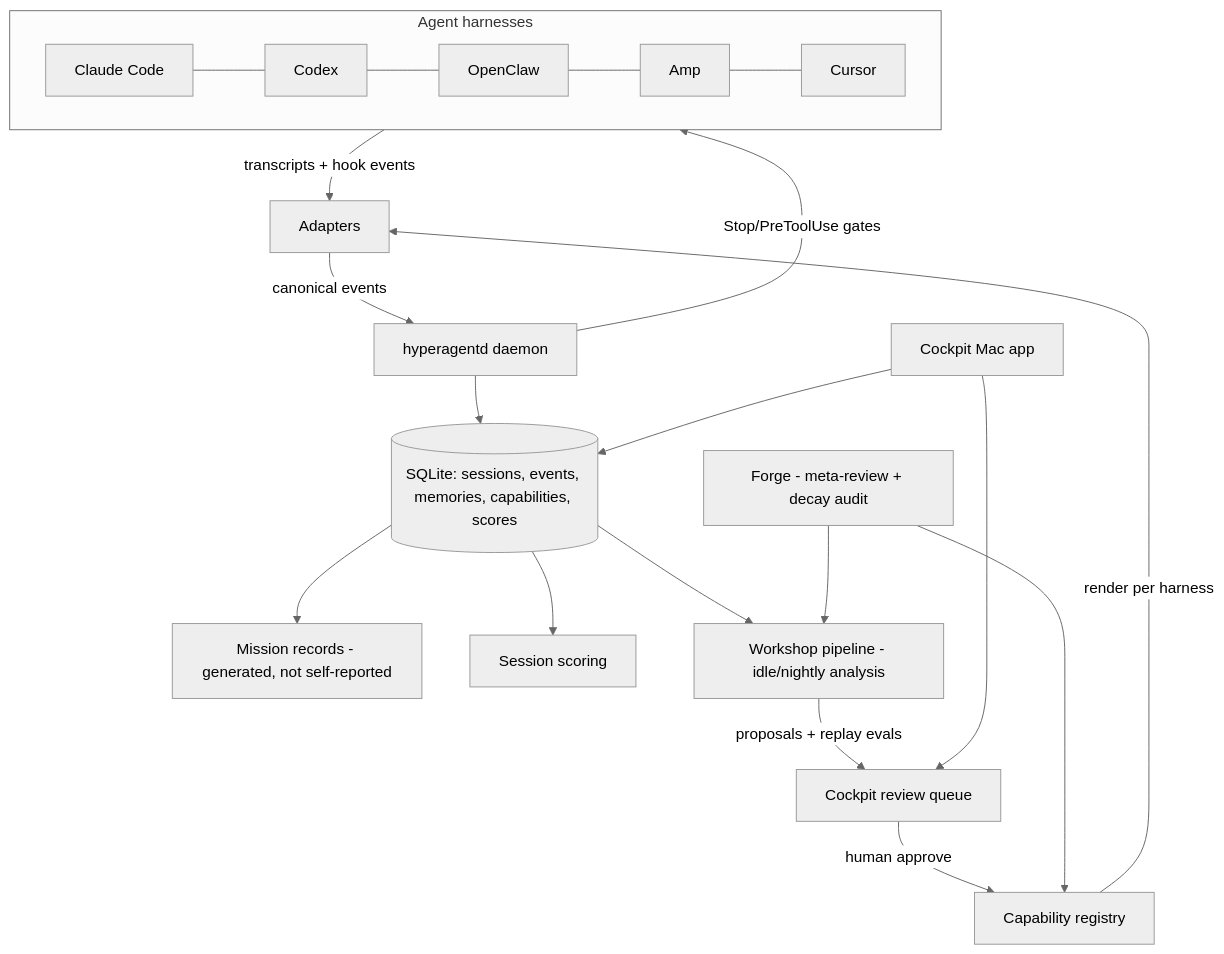
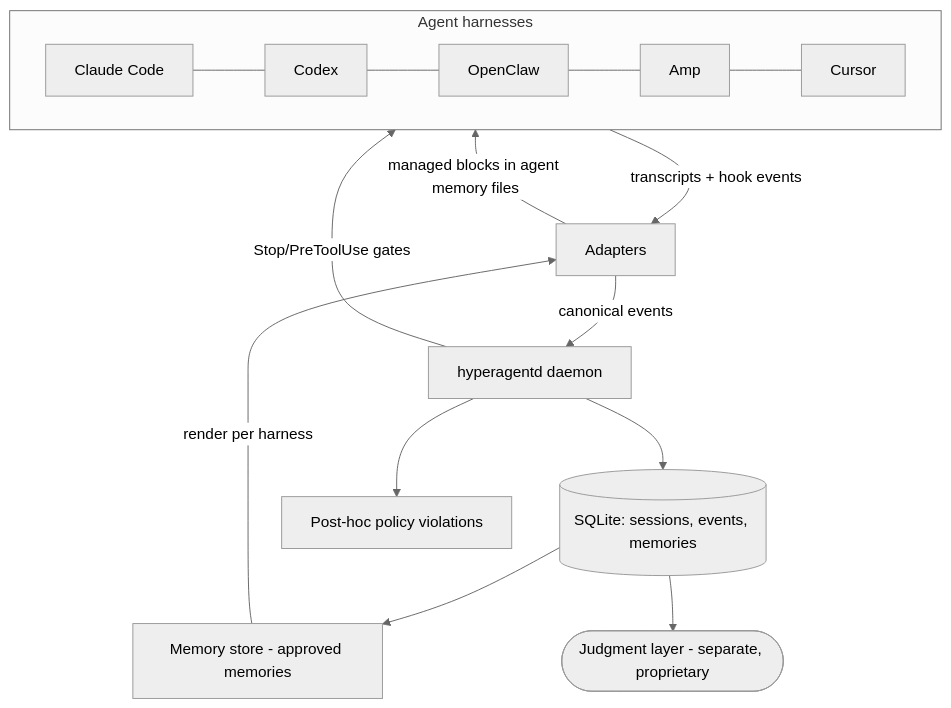
One commit to DannyMac180/HyperAgent changed the diagram in docs/architecture-v2.md. Above: the diagram before and after it, drawn with Mermaid (neutral theme). The commit also changed other lines of this file and 13 other files, not shown here.

````diff
--- a/docs/architecture-v2.md
+++ b/docs/architecture-v2.md
@@ -47,20 +47,15 @@
 ```mermaid
 flowchart TD
   subgraph agents [Agent harnesses]
     CC[Claude Code] --- CX[Codex] --- OC[OpenClaw] --- AM[Amp] --- CU[Cursor]
   end
   agents -->|transcripts + hook events| AD[Adapters]
   AD -->|canonical events| D[hyperagentd daemon]
-  D --> DB[(SQLite: sessions, events, memories, capabilities, scores)]
-  DB --> MR[Mission records - generated, not self-reported]
-  DB --> SC[Session scoring]
-  DB --> W[Workshop pipeline - idle/nightly analysis]
-  W -->|proposals + replay evals| Q[Cockpit review queue]
-  Q -->|human approve| REG[Capability registry]
-  REG -->|render per harness| AD
+  D --> DB[(SQLite: sessions, events, memories)]
+  DB --> MEM[Memory store - approved memories]
+  MEM -->|render per harness| AD
+  AD -->|managed blocks in agent memory files| agents
   D -->|Stop/PreToolUse gates| agents
-  F[Forge - meta-review + decay audit] --> W
-  F --> REG
-  UI[Cockpit Mac app] --> DB
-  UI --> Q
+  D --> PV[Post-hoc policy violations]
+  DB --> J([Judgment layer - separate, proprietary])
 ```
````
